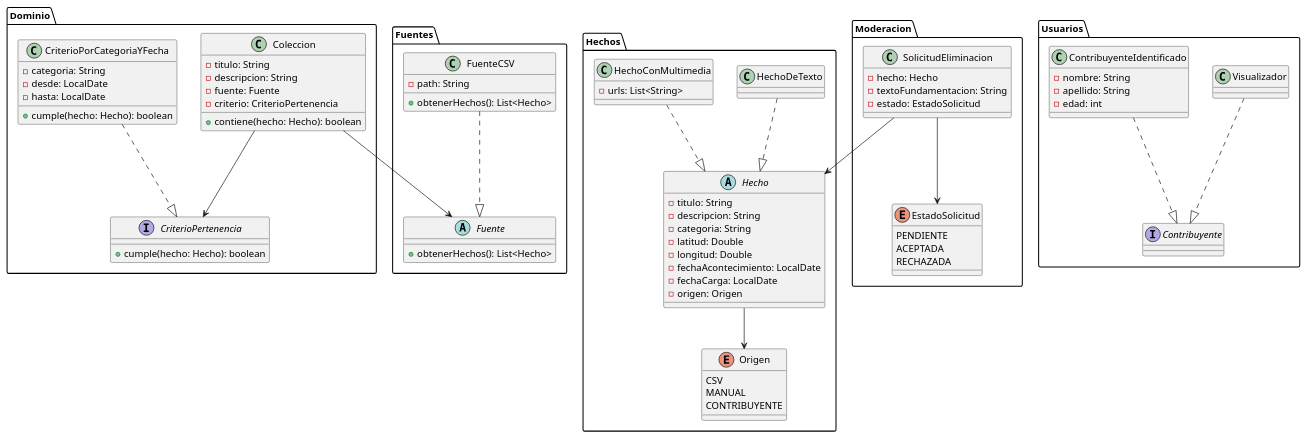
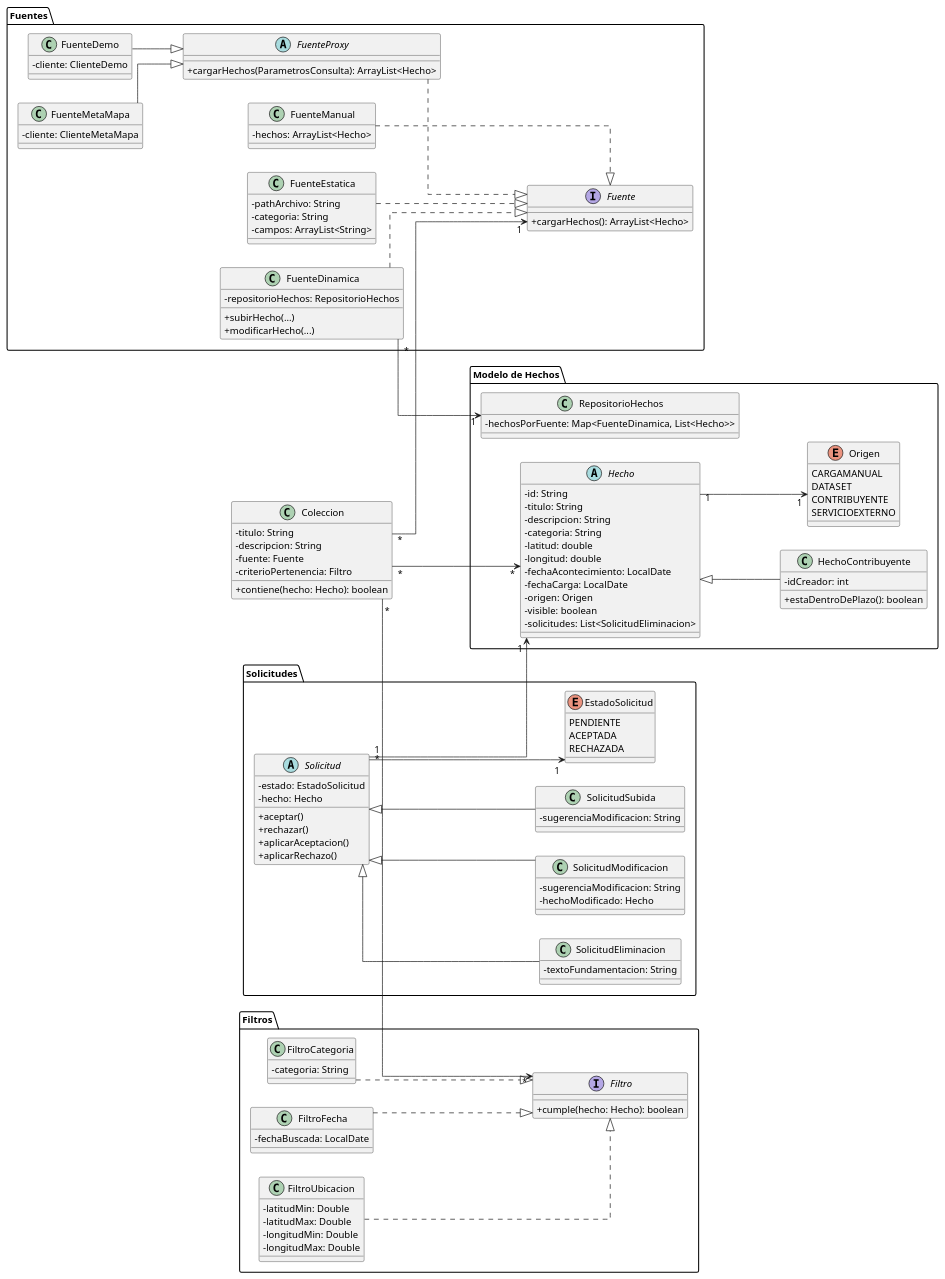
One commit to ValentinVilla/tpa-diseno-sistemas-2025 changed the diagram in Diagramas/packageDiagram.puml. Above: the diagram before and after it, drawn with PlantUML. The commit also changed 1 other file, not shown here.

Commit message:
Fix Diagrama puml

```diff
--- a/Diagramas/packageDiagram.puml
+++ b/Diagramas/packageDiagram.puml
@@ -1,101 +1,161 @@
-@startuml package
+@startuml
+skinparam classAttributeIconSize 0
+left to right direction
+skinparam linetype ortho
 
-package "Dominio" {
-  class Coleccion {
-    - titulo: String
-    - descripcion: String
-    - fuente: Fuente
-    - criterio: CriterioPertenencia
-    + contiene(hecho: Hecho): boolean
+' ==========[ Fuentes ]==========
+package "Fuentes" {
+  interface Fuente {
+    + cargarHechos(): ArrayList<Hecho>
   }
 
-  interface CriterioPertenencia {
-    + cumple(hecho: Hecho): boolean
+  abstract class FuenteProxy {
+    + cargarHechos(ParametrosConsulta): ArrayList<Hecho>
   }
 
-  class CriterioPorCategoriaYFecha {
-    - categoria: String
-    - desde: LocalDate
-    - hasta: LocalDate
-    + cumple(hecho: Hecho): boolean
+  class FuenteDinamica {
+    - repositorioHechos: RepositorioHechos
+    + subirHecho(...)
+    + modificarHecho(...)
   }
 
-  CriterioPorCategoriaYFecha ..|> CriterioPertenencia
-  Coleccion --> CriterioPertenencia
+  class FuenteEstatica {
+    - pathArchivo: String
+    - categoria: String
+    - campos: ArrayList<String>
+  }
+
+  class FuenteDemo {
+    - cliente: ClienteDemo
+  }
+
+  class FuenteMetaMapa {
+    - cliente: ClienteMetaMapa
+  }
+
+  class FuenteManual {
+    - hechos: ArrayList<Hecho>
+  }
+
+  FuenteDinamica ..|> Fuente
+  FuenteEstatica ..|> Fuente
+  FuenteManual ..|> Fuente
+  FuenteProxy ..|> Fuente
+  FuenteDemo --|> FuenteProxy
+  FuenteMetaMapa --|> FuenteProxy
 }
 
-package "Hechos" {
+' ==========[ Modelo de Hechos ]==========
+package "Modelo de Hechos" {
   abstract class Hecho {
+    - id: String
     - titulo: String
     - descripcion: String
     - categoria: String
-    - latitud: Double
-    - longitud: Double
+    - latitud: double
+    - longitud: double
     - fechaAcontecimiento: LocalDate
     - fechaCarga: LocalDate
     - origen: Origen
+    - visible: boolean
+    - solicitudes: List<SolicitudEliminacion>
   }
 
-  class HechoDeTexto {}
-  class HechoConMultimedia {
-    - urls: List<String>
+  class HechoContribuyente {
+    - idCreador: int
+    + estaDentroDePlazo(): boolean
   }
 
   enum Origen {
-    CSV
-    MANUAL
+    CARGAMANUAL
+    DATASET
     CONTRIBUYENTE
+    SERVICIOEXTERNO
   }
 
-  HechoDeTexto ..|> Hecho
-  HechoConMultimedia ..|> Hecho
-  Hecho --> Origen
+  class RepositorioHechos {
+    - hechosPorFuente: Map<FuenteDinamica, List<Hecho>>
+  }
+
+  Hecho <|-- HechoContribuyente
+  Hecho "1" --> "1" Origen
+  FuenteDinamica "*" --> "1" RepositorioHechos
 }
 
-package "Fuentes" {
-  abstract class Fuente {
-    + obtenerHechos(): List<Hecho>
+' ==========[ Solicitudes ]==========
+package "Solicitudes" {
+  abstract class Solicitud {
+    - estado: EstadoSolicitud
+    - hecho: Hecho
+    + aceptar()
+    + rechazar()
+    + aplicarAceptacion()
+    + aplicarRechazo()
   }
 
-  class FuenteCSV {
-    - path: String
-    + obtenerHechos(): List<Hecho>
+  class SolicitudEliminacion {
+    - textoFundamentacion: String
   }
 
-  FuenteCSV ..|> Fuente
-  Coleccion --> Fuente
-}
-
-package "Usuarios" {
-  interface Contribuyente {
+  class SolicitudModificacion {
+    - sugerenciaModificacion: String
+    - hechoModificado: Hecho
   }
 
-  class Visualizador {}
-  class ContribuyenteIdentificado {
-    - nombre: String
-    - apellido: String
-    - edad: int
-  }
-
-  Visualizador ..|> Contribuyente
-  ContribuyenteIdentificado ..|> Contribuyente
-}
-
-package "Moderacion" {
-  class SolicitudEliminacion {
-    - hecho: Hecho
-    - textoFundamentacion: String
-    - estado: EstadoSolicitud
+  class SolicitudSubida {
+    - sugerenciaModificacion: String
   }
 
   enum EstadoSolicitud {
     PENDIENTE
     ACEPTADA
     RECHAZADA
   }
 
-  SolicitudEliminacion --> Hecho
-  SolicitudEliminacion --> EstadoSolicitud
+  Solicitud <|-- SolicitudEliminacion
+  Solicitud <|-- SolicitudModificacion
+  Solicitud <|-- SolicitudSubida
+  Solicitud "1" --> "1" EstadoSolicitud
+  Solicitud "*" --> "1" Hecho
 }
 
+' ==========[ Filtros ]==========
+package "Filtros" {
+  interface Filtro {
+    + cumple(hecho: Hecho): boolean
+  }
+
+  class FiltroCategoria {
+    - categoria: String
+  }
+
+  class FiltroFecha {
+    - fechaBuscada: LocalDate
+  }
+
+  class FiltroUbicacion {
+    - latitudMin: Double
+    - latitudMax: Double
+    - longitudMin: Double
+    - longitudMax: Double
+  }
+
+  FiltroCategoria ..|> Filtro
+  FiltroFecha ..|> Filtro
+  FiltroUbicacion ..|> Filtro
+}
+
+' ==========[ Coleccion ]==========
+class Coleccion {
+  - titulo: String
+  - descripcion: String
+  - fuente: Fuente
+  - criterioPertenencia: Filtro
+  + contiene(hecho: Hecho): boolean
+}
+
+Coleccion "*" --> "1" Fuente
+Coleccion "*" --> "*" Filtro
+Coleccion "*" --> "*" Hecho
+
 @enduml
```
